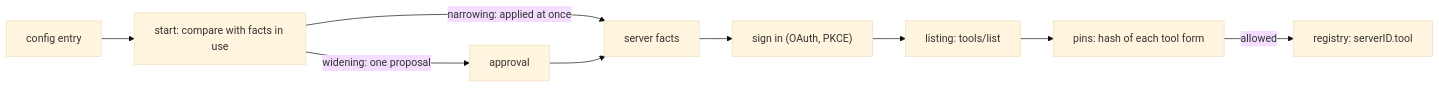
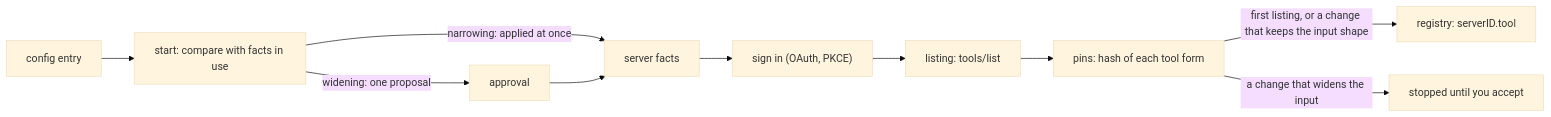
Before and after one commit to zgeoff/nixie: the diagram in docs/architecture/connectors/mcp-proxy.md, drawn with Mermaid (base theme). The commit also changed other lines of this file and 134 other files, not shown here.

````diff
--- a/docs/architecture/connectors/mcp-proxy.md
+++ b/docs/architecture/connectors/mcp-proxy.md
@@ -11,11 +12,12 @@
 ```mermaid
 flowchart LR
   C["config entry"] --> S["start: compare with facts in use"]
   S -->|"widening: one proposal"| P["approval"]
   S -->|"narrowing: applied at once"| F["server facts"]
   P --> F
   F --> I["sign in (OAuth, PKCE)"]
   I --> L["listing: tools/list"]
   L --> N["pins: hash of each tool form"]
-  N -->|"allowed"| R["registry: serverID.tool"]
+  N -->|"first listing, or a change that keeps the input shape"| R["registry: serverID.tool"]
+  N -->|"a change that widens the input"| A["stopped until you accept"]
 ```
````
